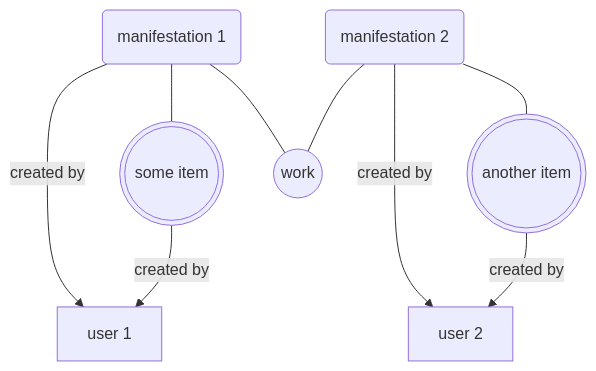
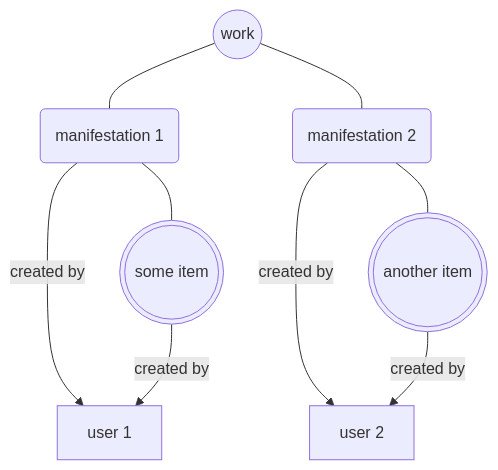
Before and after one commit to AV-EFI/av-efi-schema: the first of 2 diagrams in README.md, drawn with Mermaid. The commit also changed other lines of this file, not shown here.

````diff
--- a/README.md
+++ b/README.md
@@ -24,18 +24,18 @@
 ```mermaid
 flowchart TD
 m1(manifestation 1)
 m1i1(((some item)))
 m2(manifestation 2)
 m2i1(((another item)))
 u1[user 1]
 u2[user 2]
 w((work))
 m1-->|created by|u1
 m1i1-->|created by|u1
 m1---m1i1
-m1---w
+w---m1
 m2-->|created by|u2
 m2i1-->|created by|u2
 m2---m2i1
-m2---w
+w---m2
 ```
````
